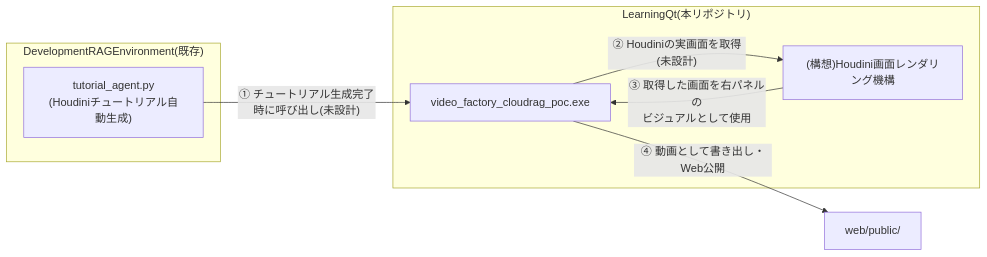
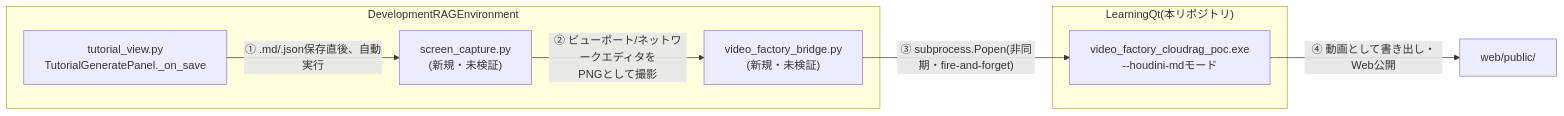
The ninth of 9 diagrams in docs/technical-reference.md (manato1201/RAGReel), drawn with Mermaid before and after one commit. The commit also changed other lines of this file and 7 other files, not shown here.

````diff
--- a/docs/technical-reference.md
+++ b/docs/technical-reference.md
@@ -535,15 +533,16 @@
 ```mermaid
 flowchart LR
-    subgraph rag["DevelopmentRAGEnvironment(既存)"]
-        TA["tutorial_agent.py<br/>(Houdiniチュートリアル自動生成)"]
+    subgraph rag["DevelopmentRAGEnvironment"]
+        TV["tutorial_view.py<br/>TutorialGeneratePanel._on_save"]
+        SC["screen_capture.py<br/>(新規・未検証)"]
+        VB["video_factory_bridge.py<br/>(新規・未検証)"]
     end
     subgraph engine["LearningQt(本リポジトリ)"]
-        VF["video_factory_cloudrag_poc.exe"]
-        HR["(構想)Houdini画面レンダリング機構"]
+        VF["video_factory_cloudrag_poc.exe<br/>--houdini-mdモード"]
     end
 
-    TA -- "① チュートリアル生成完了時に呼び出し(未設計)" --> VF
-    VF -- "② Houdiniの実画面を取得(未設計)" --> HR
-    HR -- "③ 取得した画面を右パネルの<br/>ビジュアルとして使用" --> VF
+    TV -- "① .md/.json保存直後、自動実行" --> SC
+    SC -- "② ビューポート/ネットワークエディタを<br/>PNGとして撮影" --> VB
+    VB -- "③ subprocess.Popen(非同期・fire-and-forget)" --> VF
     VF -- "④ 動画として書き出し・Web公開" --> web["web/public/"]
 ```
````
